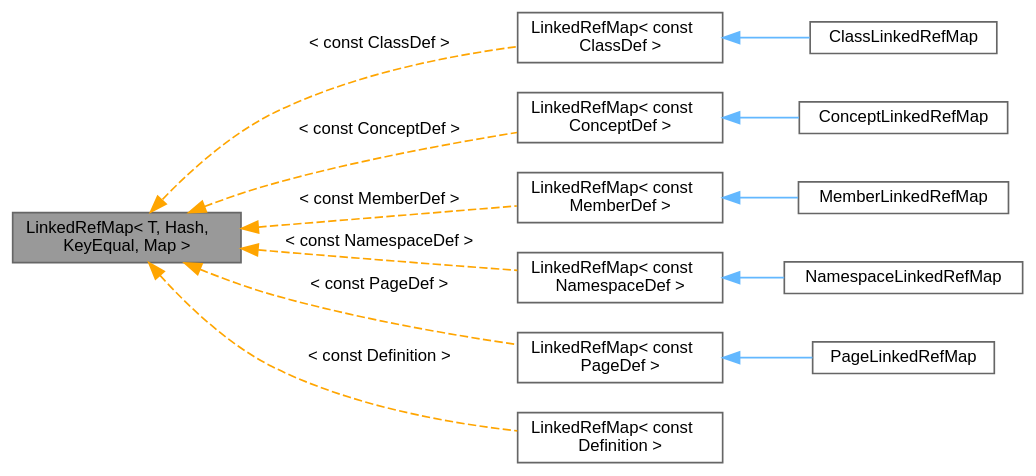
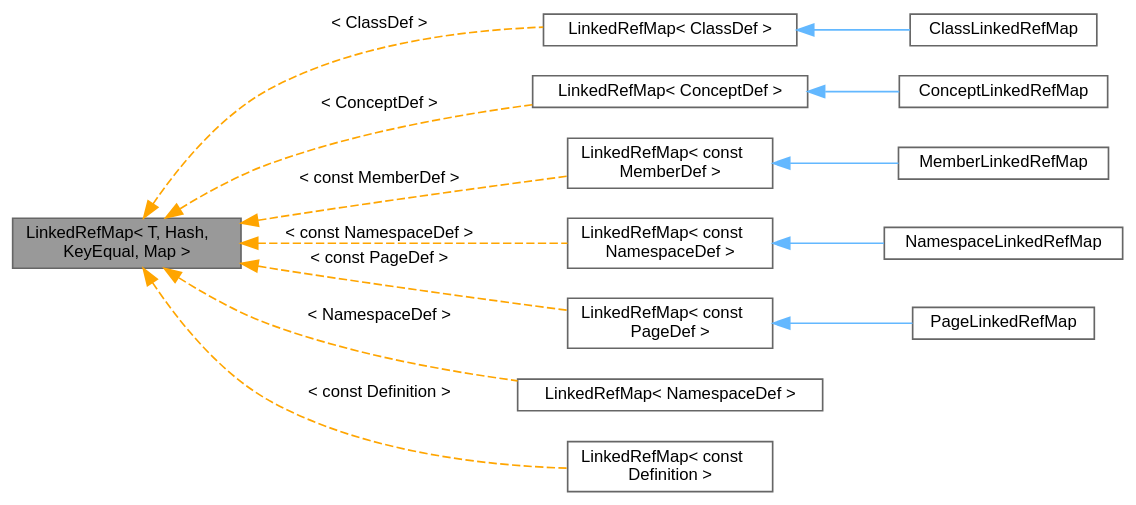
One commit to tim-gromeyer/doxygen changed the diagram in df/dd6/class_linked_ref_map__inherit__graph.dot. Above: the diagram before and after it, drawn with Graphviz. The commit also changed 1608 other files, not shown here.

```diff
--- a/df/dd6/class_linked_ref_map__inherit__graph.dot
+++ b/df/dd6/class_linked_ref_map__inherit__graph.dot
@@ -1,32 +1,34 @@
 digraph "LinkedRefMap&lt; T, Hash, KeyEqual, Map &gt;"
 {
  // INTERACTIVE_SVG=YES
  // LATEX_PDF_SIZE
   bgcolor="transparent";
   edge [fontname=Helvetica,fontsize=10,labelfontname=Helvetica,labelfontsize=10];
   node [fontname=Helvetica,fontsize=10,shape=box,height=0.2,width=0.4];
   rankdir="LR";
   Node1 [label="LinkedRefMap\< T, Hash,\l KeyEqual, Map \>",height=0.2,width=0.4,color="gray40", fillcolor="grey60", style="filled", fontcolor="black",tooltip="Container class representing a vector of objects with keys."];
-  Node1 -> Node2 [dir="back",color="orange",style="dashed",label=" \< const ClassDef \>" ];
-  Node2 [label="LinkedRefMap\< const\l ClassDef \>",height=0.2,width=0.4,color="gray40", fillcolor="white", style="filled",URL="$d2/db7/class_linked_ref_map.html",tooltip=" "];
+  Node1 -> Node2 [dir="back",color="orange",style="dashed",label=" \< ClassDef \>" ];
+  Node2 [label="LinkedRefMap\< ClassDef \>",height=0.2,width=0.4,color="gray40", fillcolor="white", style="filled",URL="$d2/db7/class_linked_ref_map.html",tooltip=" "];
   Node2 -> Node3 [dir="back",color="steelblue1",style="solid"];
   Node3 [label="ClassLinkedRefMap",height=0.2,width=0.4,color="gray40", fillcolor="white", style="filled",URL="$da/d08/class_class_linked_ref_map.html",tooltip=" "];
-  Node1 -> Node4 [dir="back",color="orange",style="dashed",label=" \< const ConceptDef \>" ];
-  Node4 [label="LinkedRefMap\< const\l ConceptDef \>",height=0.2,width=0.4,color="gray40", fillcolor="white", style="filled",URL="$d2/db7/class_linked_ref_map.html",tooltip=" "];
+  Node1 -> Node4 [dir="back",color="orange",style="dashed",label=" \< ConceptDef \>" ];
+  Node4 [label="LinkedRefMap\< ConceptDef \>",height=0.2,width=0.4,color="gray40", fillcolor="white", style="filled",URL="$d2/db7/class_linked_ref_map.html",tooltip=" "];
   Node4 -> Node5 [dir="back",color="steelblue1",style="solid"];
   Node5 [label="ConceptLinkedRefMap",height=0.2,width=0.4,color="gray40", fillcolor="white", style="filled",URL="$d4/daa/class_concept_linked_ref_map.html",tooltip=" "];
   Node1 -> Node6 [dir="back",color="orange",style="dashed",label=" \< const MemberDef \>" ];
   Node6 [label="LinkedRefMap\< const\l MemberDef \>",height=0.2,width=0.4,color="gray40", fillcolor="white", style="filled",URL="$d2/db7/class_linked_ref_map.html",tooltip=" "];
   Node6 -> Node7 [dir="back",color="steelblue1",style="solid"];
   Node7 [label="MemberLinkedRefMap",height=0.2,width=0.4,color="gray40", fillcolor="white", style="filled",URL="$dc/d77/class_member_linked_ref_map.html",tooltip=" "];
   Node1 -> Node8 [dir="back",color="orange",style="dashed",label=" \< const NamespaceDef \>" ];
   Node8 [label="LinkedRefMap\< const\l NamespaceDef \>",height=0.2,width=0.4,color="gray40", fillcolor="white", style="filled",URL="$d2/db7/class_linked_ref_map.html",tooltip=" "];
   Node8 -> Node9 [dir="back",color="steelblue1",style="solid"];
   Node9 [label="NamespaceLinkedRefMap",height=0.2,width=0.4,color="gray40", fillcolor="white", style="filled",URL="$da/df0/class_namespace_linked_ref_map.html",tooltip=" "];
   Node1 -> Node10 [dir="back",color="orange",style="dashed",label=" \< const PageDef \>" ];
   Node10 [label="LinkedRefMap\< const\l PageDef \>",height=0.2,width=0.4,color="gray40", fillcolor="white", style="filled",URL="$d2/db7/class_linked_ref_map.html",tooltip=" "];
   Node10 -> Node11 [dir="back",color="steelblue1",style="solid"];
   Node11 [label="PageLinkedRefMap",height=0.2,width=0.4,color="gray40", fillcolor="white", style="filled",URL="$d9/de6/class_page_linked_ref_map.html",tooltip=" "];
-  Node1 -> Node12 [dir="back",color="orange",style="dashed",label=" \< const Definition \>" ];
-  Node12 [label="LinkedRefMap\< const\l Definition \>",height=0.2,width=0.4,color="gray40", fillcolor="white", style="filled",URL="$d2/db7/class_linked_ref_map.html",tooltip=" "];
+  Node1 -> Node12 [dir="back",color="orange",style="dashed",label=" \< NamespaceDef \>" ];
+  Node12 [label="LinkedRefMap\< NamespaceDef \>",height=0.2,width=0.4,color="gray40", fillcolor="white", style="filled",URL="$d2/db7/class_linked_ref_map.html",tooltip=" "];
+  Node1 -> Node13 [dir="back",color="orange",style="dashed",label=" \< const Definition \>" ];
+  Node13 [label="LinkedRefMap\< const\l Definition \>",height=0.2,width=0.4,color="gray40", fillcolor="white", style="filled",URL="$d2/db7/class_linked_ref_map.html",tooltip=" "];
 }
```
